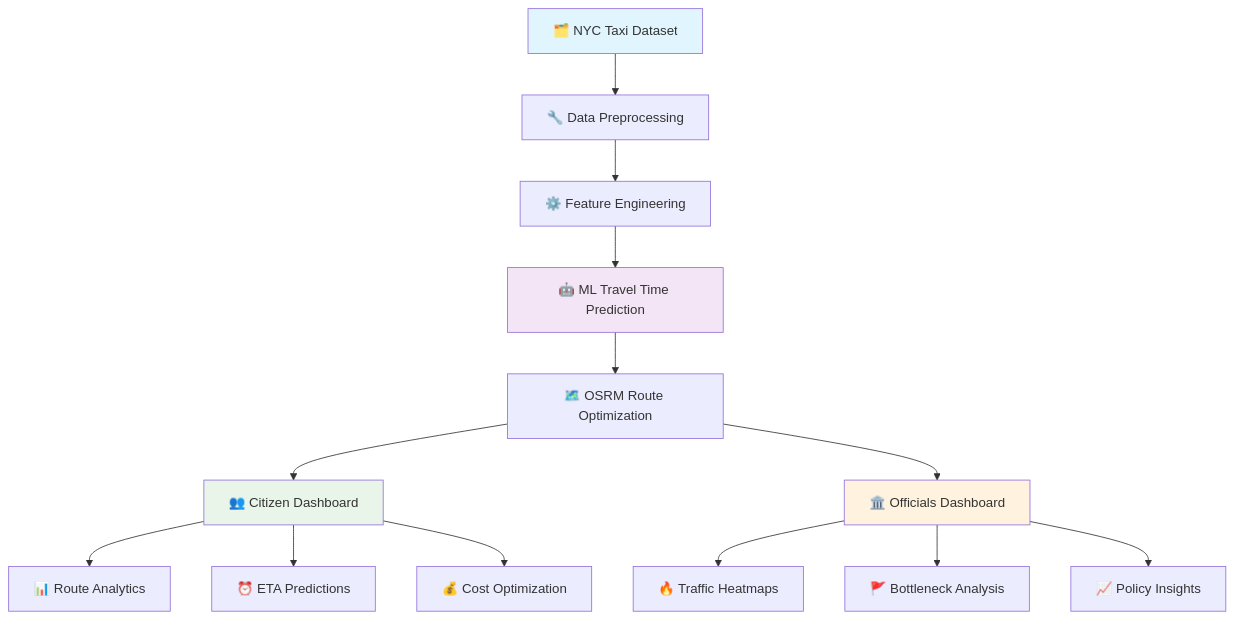
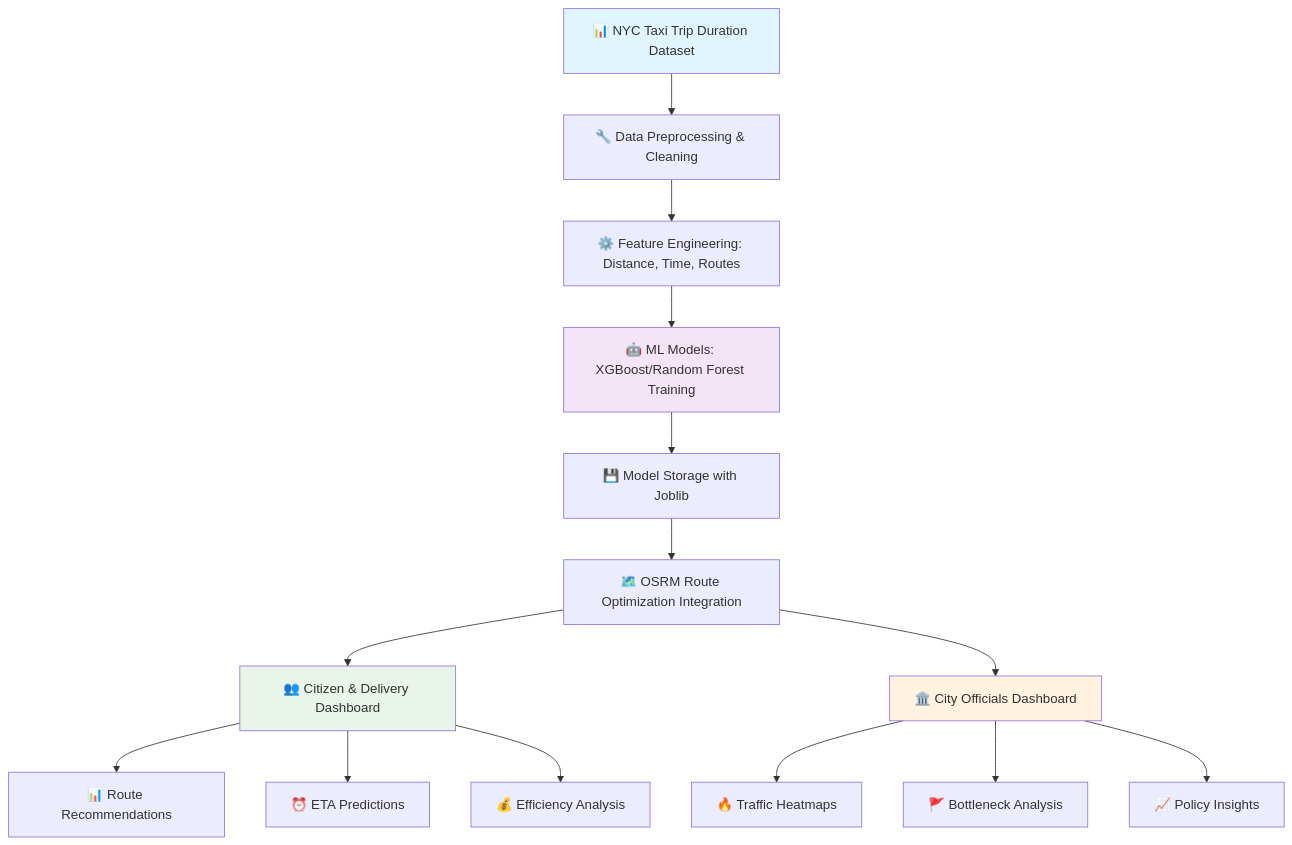
Before and after one commit to adityatiwari12/GatiSense: the diagram in README.md, drawn with Mermaid. The commit also changed other lines of this file, not shown here.

````diff
--- a/README.md
+++ b/README.md
@@ -213,22 +226,23 @@
 ```mermaid
 graph TD
-    A[🗂️ NYC Taxi Dataset] --> B[🔧 Data Preprocessing]
-    B --> C[⚙️ Feature Engineering]
-    C --> D[🤖 ML Travel Time Prediction]
-    D --> E[🗺️ OSRM Route Optimization]
-    E --> F[👥 Citizen Dashboard]
-    E --> G[🏛️ Officials Dashboard]
+    A[📊 NYC Taxi Trip Duration Dataset] --> B[🔧 Data Preprocessing & Cleaning]
+    B --> C[⚙️ Feature Engineering: Distance, Time, Routes]
+    C --> D[🤖 ML Models: XGBoost/Random Forest Training]
+    D --> E[💾 Model Storage with Joblib]
+    E --> F[🗺️ OSRM Route Optimization Integration]
+    F --> G[👥 Citizen & Delivery Dashboard]
+    F --> H[🏛️ City Officials Dashboard]
     
-    F --> H[📊 Route Analytics]
-    F --> I[⏰ ETA Predictions]
-    F --> J[💰 Cost Optimization]
+    G --> I[📊 Route Recommendations]
+    G --> J[⏰ ETA Predictions]
+    G --> K[💰 Efficiency Analysis]
     
-    G --> K[🔥 Traffic Heatmaps]
-    G --> L[🚩 Bottleneck Analysis]
-    G --> M[📈 Policy Insights]
+    H --> L[🔥 Traffic Heatmaps]
+    H --> M[🚩 Bottleneck Analysis]
+    H --> N[📈 Policy Insights]
     
     style A fill:#e1f5fe
     style D fill:#f3e5f5
-    style F fill:#e8f5e8
-    style G fill:#fff3e0
+    style G fill:#e8f5e8
+    style H fill:#fff3e0
 ```
````
